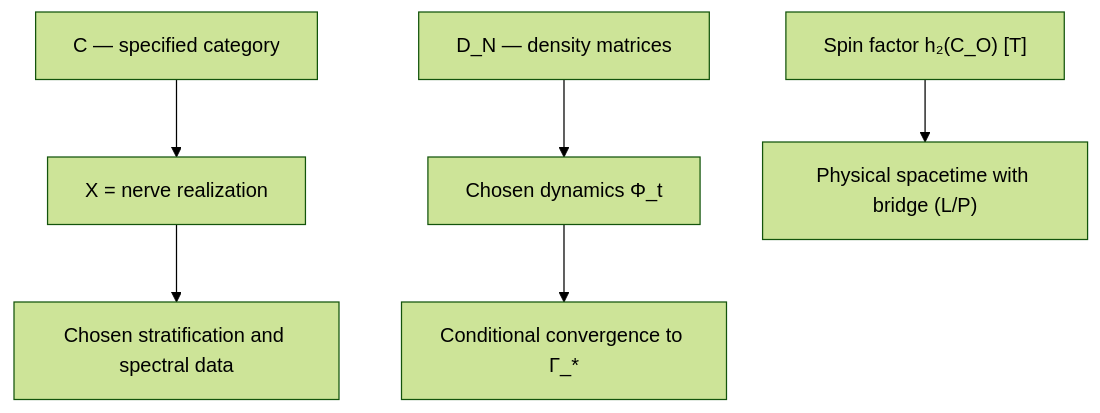
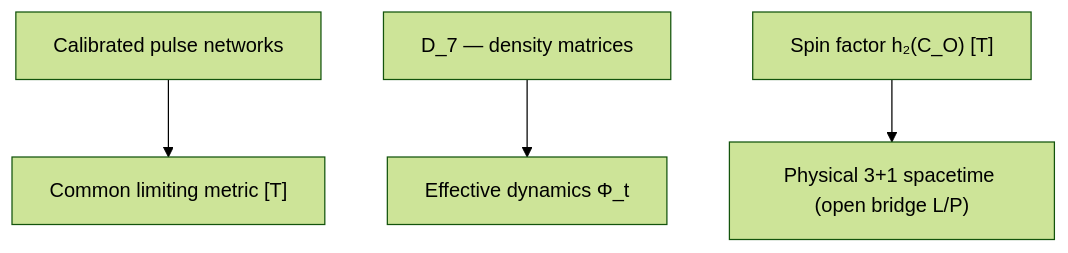
One commit to gst-st/uhm changed the diagram in website/docs/core/foundations/spacetime.md. Above: the diagram before and after it, drawn with Mermaid (forest theme). The commit also changed other lines of this file and 376 other files, not shown here.

First line of the commit message:
Refactor UHM canon, decontaminate architecture, and verify EN/RU parity

````diff
--- a/website/docs/core/foundations/spacetime.md
+++ b/website/docs/core/foundations/spacetime.md
@@ -365,16 +178,12 @@
 ```mermaid
 graph TD
- C["C — specified category"]
- X["X = nerve realization"]
- GEO["Chosen stratification and spectral data"]
- STATES["D_N — density matrices"]
- FLOW["Chosen dynamics Φ_t"]
- CONV["Conditional convergence to Γ_*"]
+ NET["Calibrated pulse networks"]
+ LIM["Common limiting metric #91;T#93;"]
+ STATES["D_7 — density matrices"]
+ FLOW["Effective dynamics Φ_t"]
  SPIN["Spin factor h₂#40;C_O#41; #91;T#93;"]
- SPACE["Physical spacetime with bridge #40;L/P#41;"]
- C --> X
- X --> GEO
+ SPACE["Physical 3+1 spacetime #40;open bridge L/P#41;"]
+ NET --> LIM
  STATES --> FLOW
- FLOW --> CONV
  SPIN --> SPACE
 ```
````
